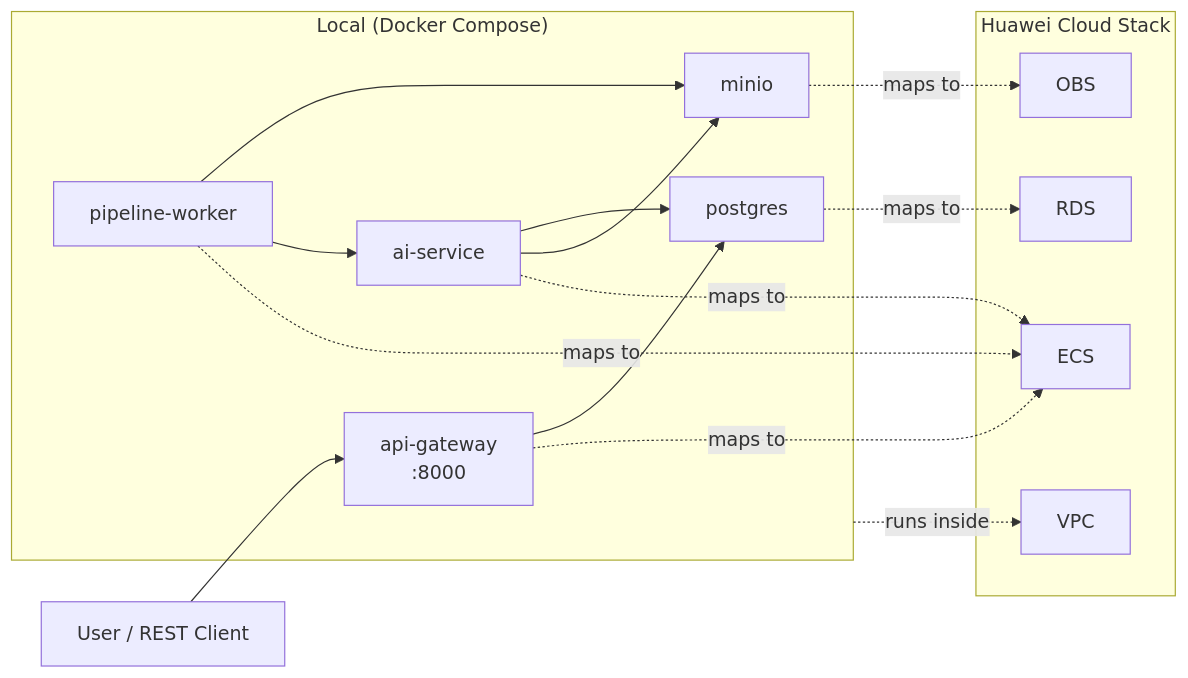
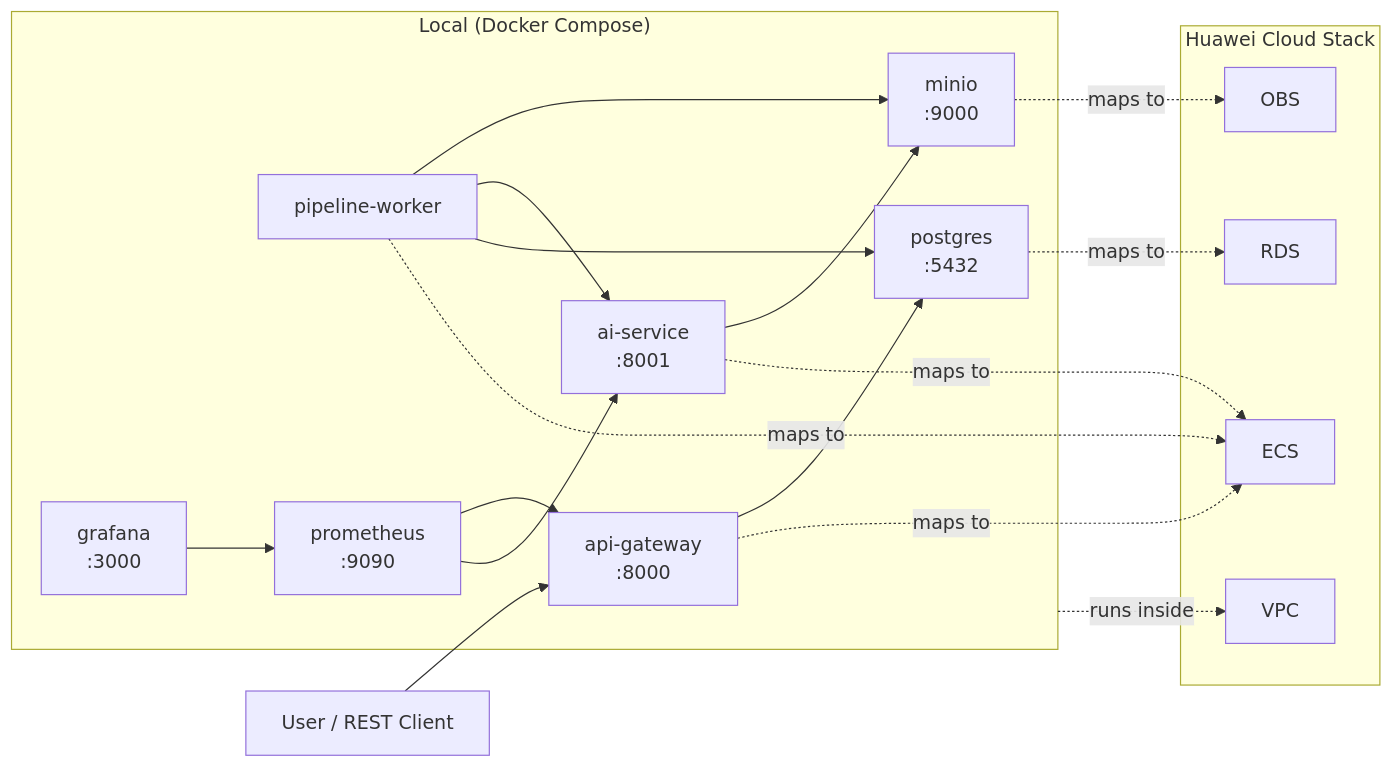
The diagram in docs/deployment/local-docker.md (souhayl1g/telecom-cloud-intelligence), drawn with Mermaid before and after one commit. The commit also changed 261 other files, not shown here.

````diff
--- a/docs/deployment/local-docker.md
+++ b/docs/deployment/local-docker.md
@@ -1,31 +1,36 @@
 ```mermaid
 flowchart LR
   subgraph Local["Local (Docker Compose)"]
     APIGW["api-gateway\n:8000"]
     PIPE["pipeline-worker"]
-    AI["ai-service"]
-    DB["postgres"]
-    OBJ["minio"]
+    AI["ai-service\n:8001"]
+    DB["postgres\n:5432"]
+    OBJ["minio\n:9000"]
+    PROM["prometheus\n:9090"]
+    GRAF["grafana\n:3000"]
   end
 
   User["User / REST Client"] --> APIGW
   APIGW --> DB
   PIPE --> OBJ
   PIPE --> AI
-  AI --> DB
+  PIPE --> DB
   AI --> OBJ
+  PROM --> APIGW
+  PROM --> AI
+  GRAF --> PROM
 
   subgraph HCS["Huawei Cloud Stack"]
     ECS["ECS"]
     OBS["OBS"]
     RDS["RDS"]
     VPC["VPC"]
   end
 
   APIGW -.maps to .-> ECS
   PIPE  -.maps to .-> ECS
   AI    -.maps to .-> ECS
   OBJ   -.maps to .-> OBS
   DB    -.maps to .-> RDS
   Local -.runs inside .-> VPC
 ```
````
